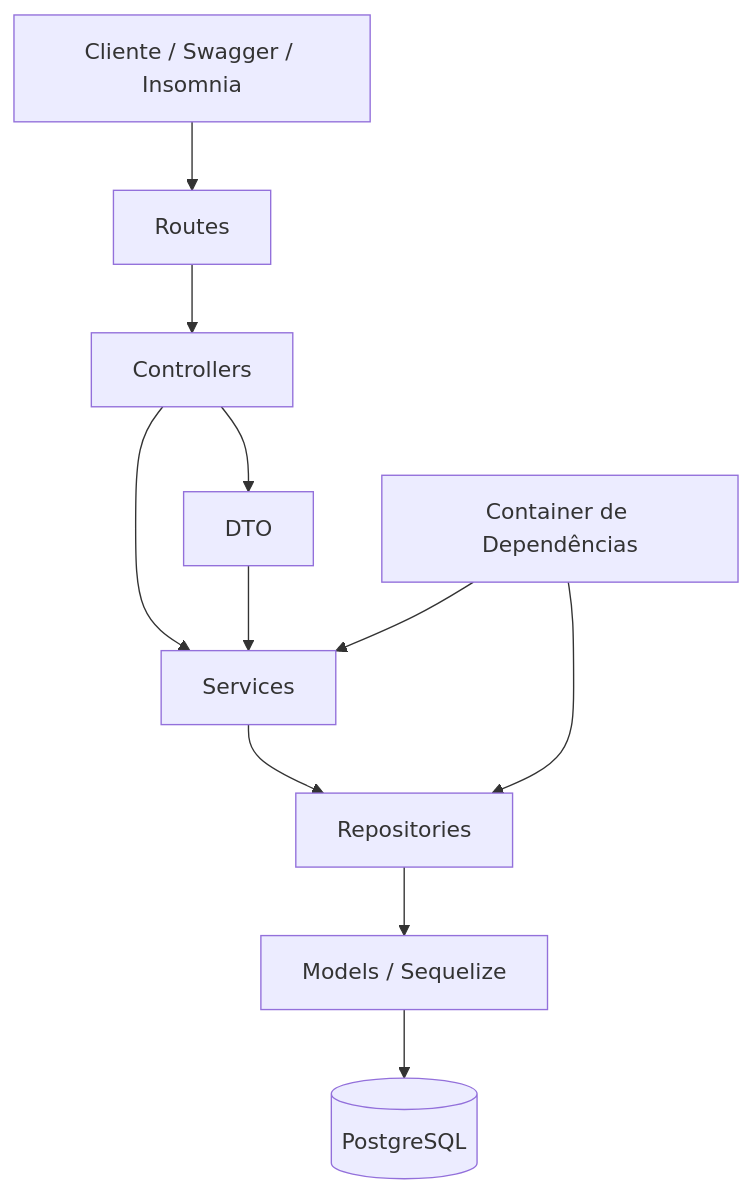
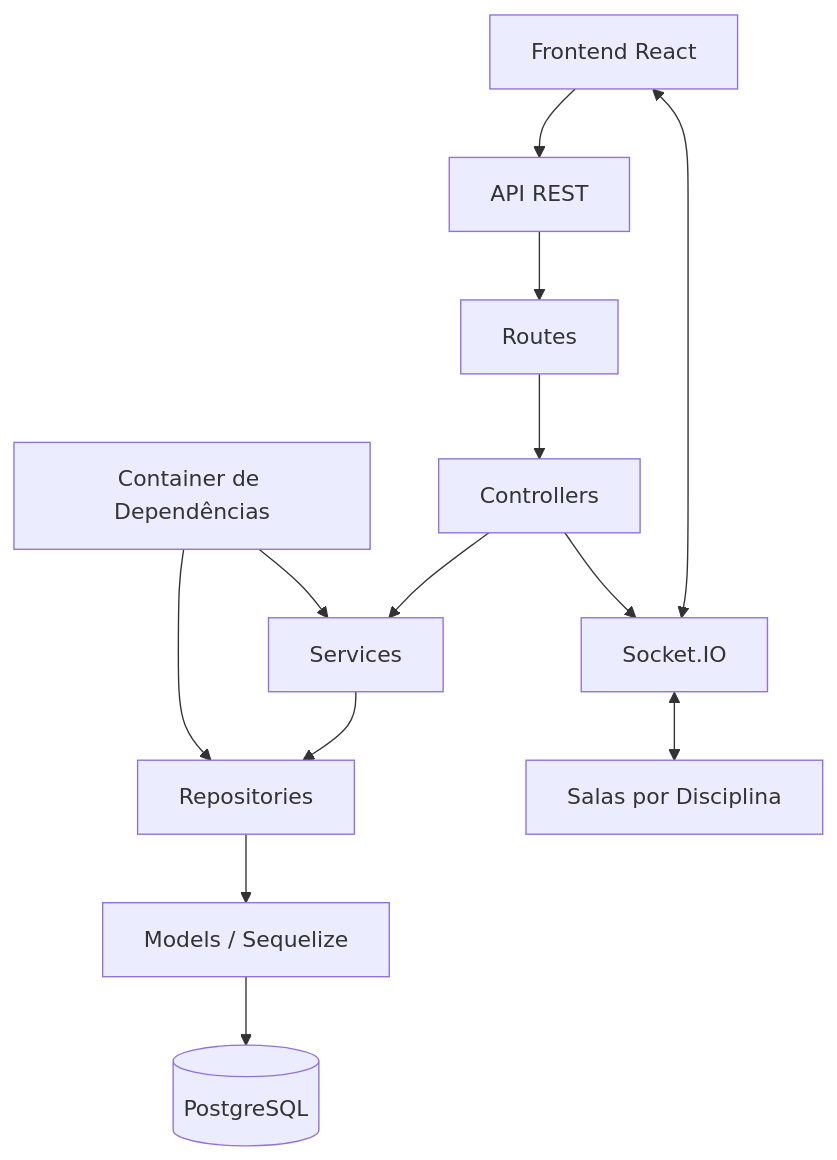
One commit to Niscintya/trabalho-1-api-banco-questoes changed the diagram in ARQUITETURA.md. Above: the diagram before and after it, drawn with Mermaid. The commit also changed other lines of this file and 33 other files, not shown here.

Commit message:
Finaliza Trabalho 4 com React WebSocket notificacoes e Docker

````diff
--- a/ARQUITETURA.md
+++ b/ARQUITETURA.md
@@ -75,14 +172,20 @@
 ```mermaid
 flowchart TD
-    A[Cliente / Swagger / Insomnia] --> B[Routes]
-    B --> C[Controllers]
-    C --> D[DTO]
-    C --> E[Services]
-    D --> E
+
+    A[Frontend React] --> B[API REST]
+    A <--> W[Socket.IO]
+
+    B --> C[Routes]
+    C --> D[Controllers]
+    D --> E[Services]
     E --> F[Repositories]
     F --> G[Models / Sequelize]
     G --> H[(PostgreSQL)]
 
+    D --> W
+
+    W <--> R[Salas por Disciplina]
+
     I[Container de Dependências] --> E
     I --> F
 ```
````
